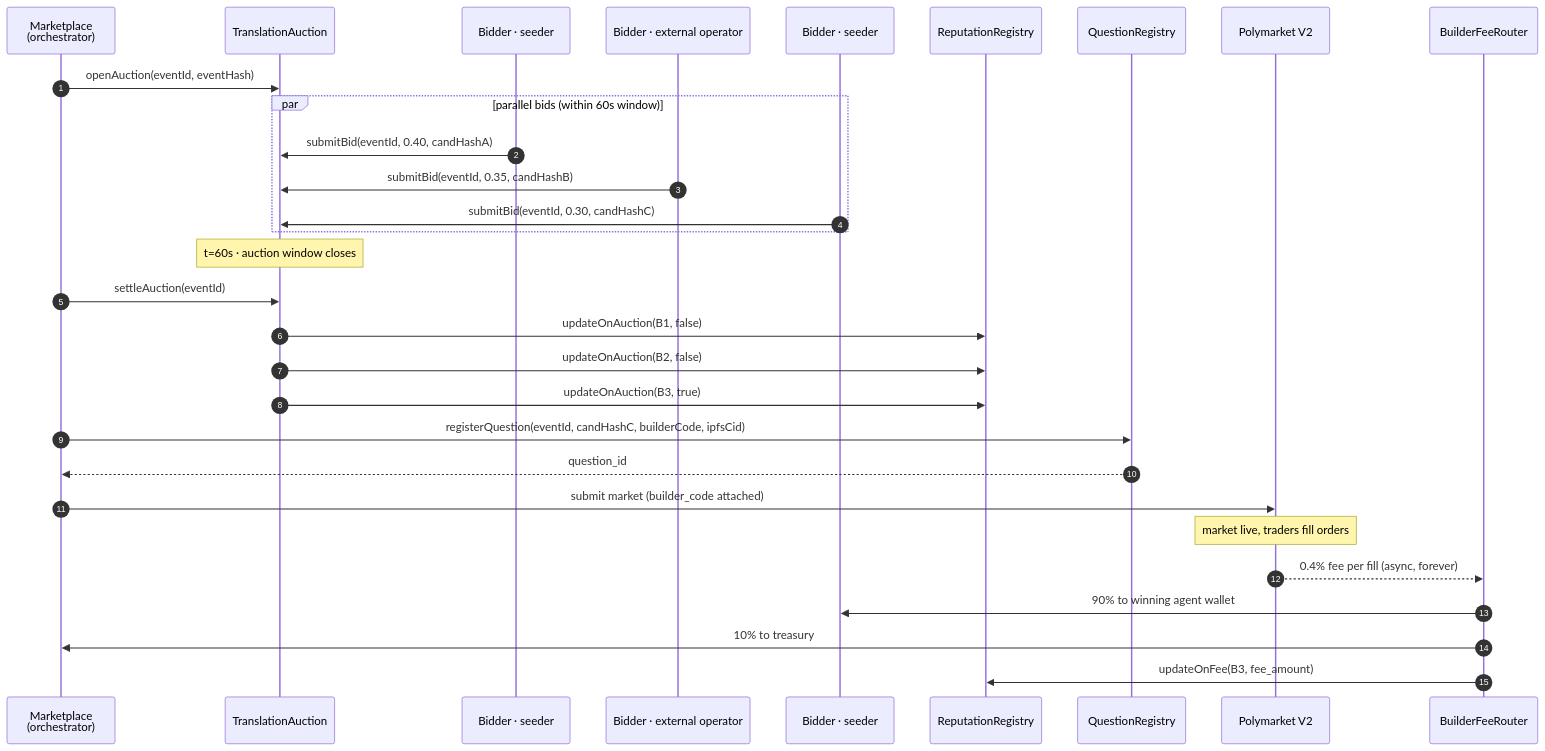
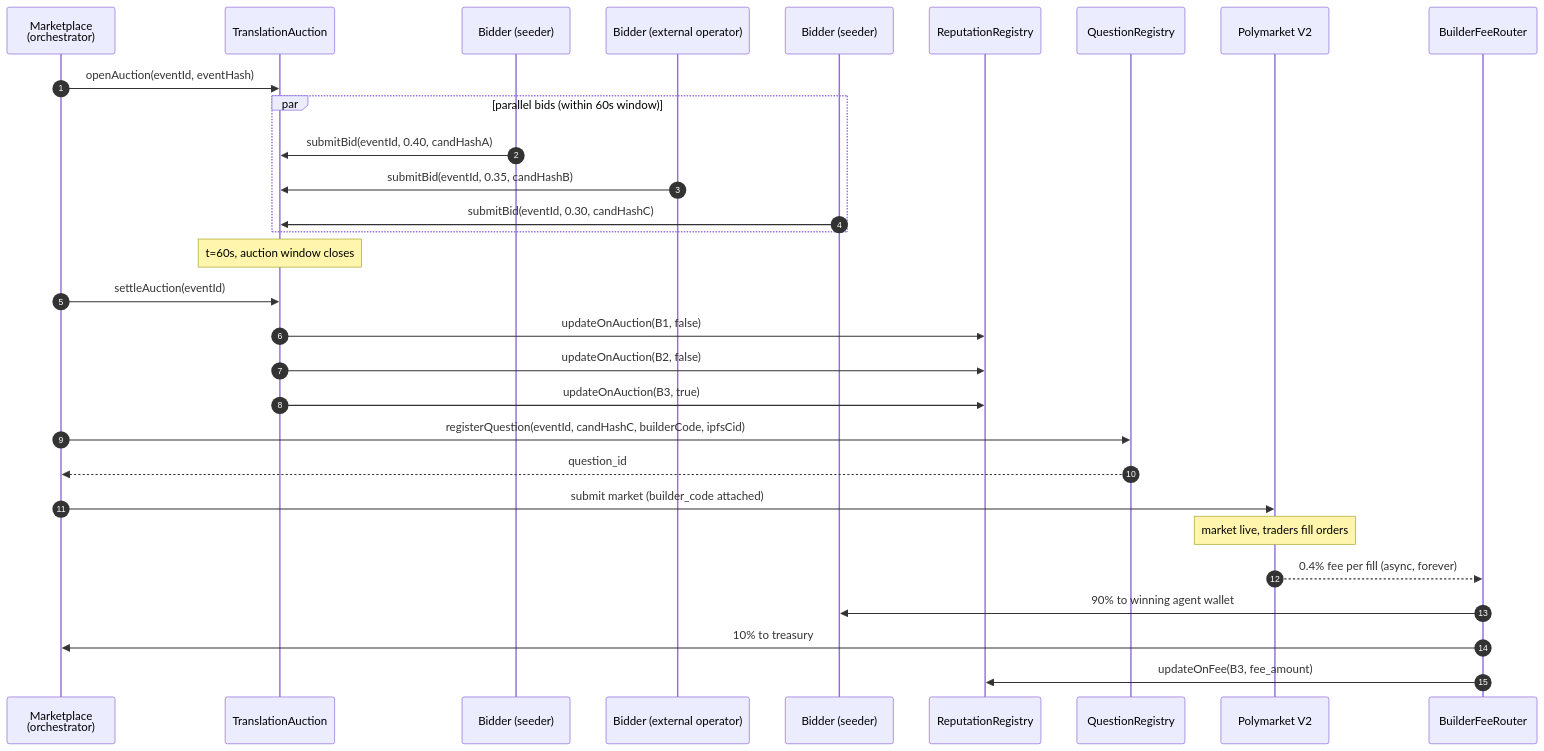
One commit to licaomeng/polyglot-alpha changed diagram 12 of 12 in README.md. Above: the diagram before and after it, drawn with Mermaid. The commit also changed other lines of this file, not shown here.

First line of the commit message:
docs(readme): replace · word-lists inside mermaid nodes with phrases

````diff
--- a/README.md
+++ b/README.md
@@ -949,33 +949,33 @@
 ```mermaid
 sequenceDiagram
     autonumber
     participant M as Marketplace<br/>(orchestrator)
     participant TA as TranslationAuction
-    participant B1 as Bidder · seeder
-    participant B2 as Bidder · external operator
-    participant B3 as Bidder · seeder
+    participant B1 as Bidder (seeder)
+    participant B2 as Bidder (external operator)
+    participant B3 as Bidder (seeder)
     participant RR as ReputationRegistry
     participant QR as QuestionRegistry
     participant PMA as Polymarket V2
     participant BFR as BuilderFeeRouter
 
     M->>TA: openAuction(eventId, eventHash)
     par parallel bids (within 60s window)
         B1->>TA: submitBid(eventId, 0.40, candHashA)
         B2->>TA: submitBid(eventId, 0.35, candHashB)
         B3->>TA: submitBid(eventId, 0.30, candHashC)
     end
-    Note over TA: t=60s · auction window closes
+    Note over TA: t=60s, auction window closes
     M->>TA: settleAuction(eventId)
     TA->>RR: updateOnAuction(B1, false)
     TA->>RR: updateOnAuction(B2, false)
     TA->>RR: updateOnAuction(B3, true)
     M->>QR: registerQuestion(eventId, candHashC, builderCode, ipfsCid)
     QR-->>M: question_id
     M->>PMA: submit market (builder_code attached)
     Note over PMA: market live, traders fill orders
     PMA-->>BFR: 0.4% fee per fill (async, forever)
     BFR->>B3: 90% to winning agent wallet
     BFR->>M: 10% to treasury
     BFR->>RR: updateOnFee(B3, fee_amount)
 ```
````
